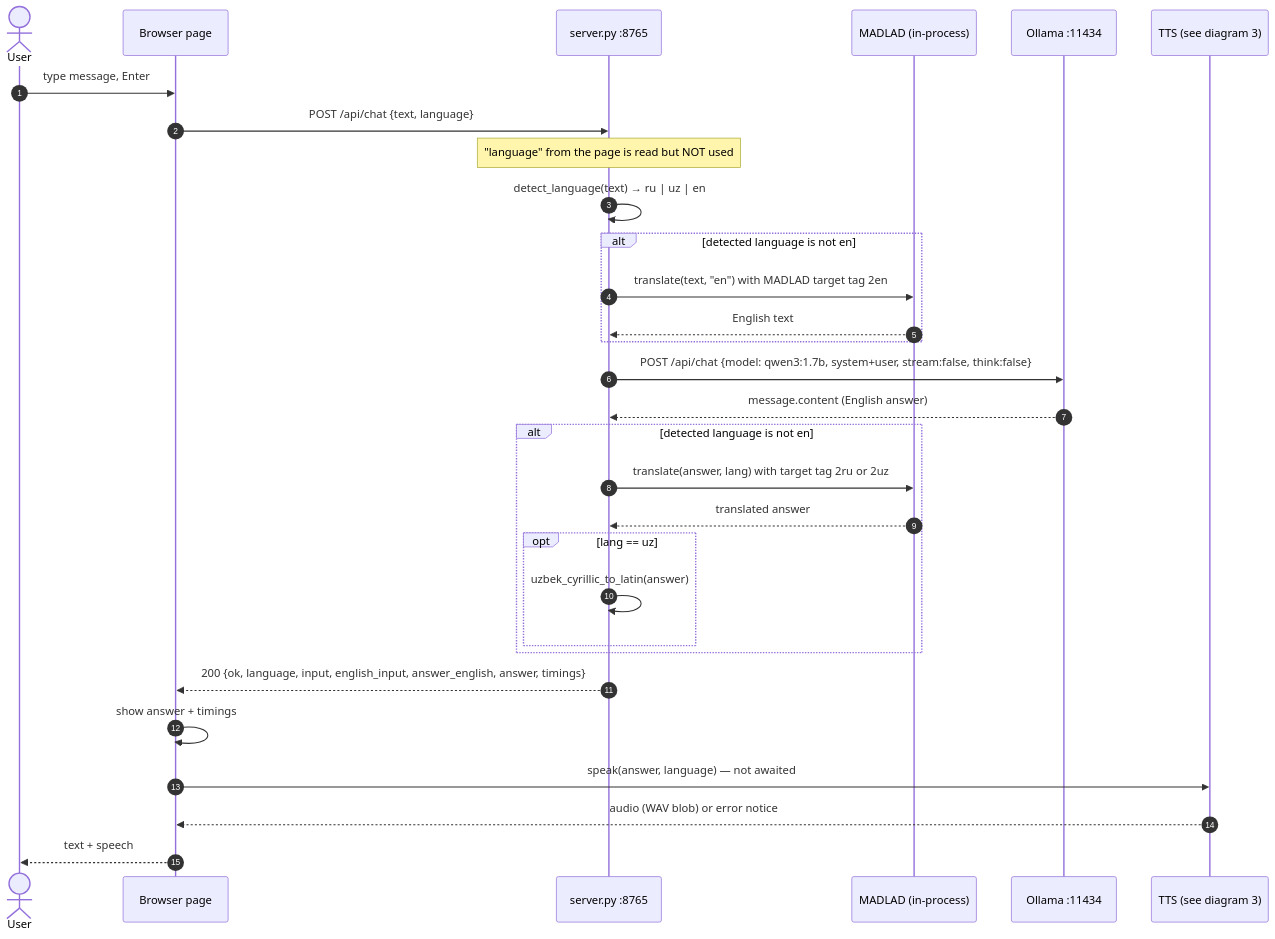
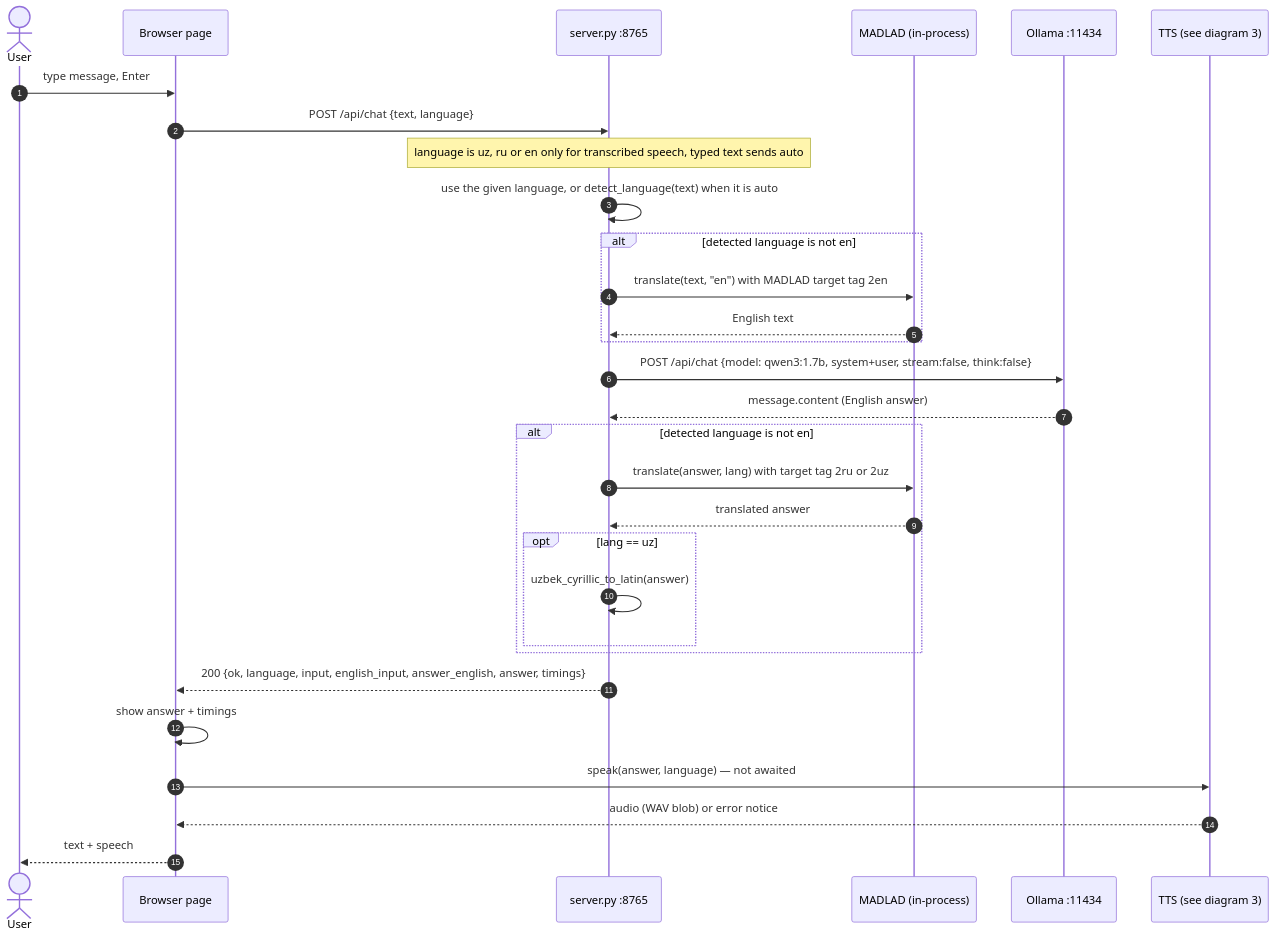
One commit to FirdavsNurmatov/local-ai-voice-assistant changed the second of 4 diagrams in docs/ARCHITECTURE.md. Above: the diagram before and after it, drawn with Mermaid. The commit also changed other lines of this file and 14 other files, not shown here.

````diff
--- a/docs/ARCHITECTURE.md
+++ b/docs/ARCHITECTURE.md
@@ -59,33 +64,33 @@
 ```mermaid
 sequenceDiagram
     autonumber
     actor User
     participant UI as Browser page
     participant S as server.py :8765
     participant M as MADLAD (in-process)
     participant O as Ollama :11434
     participant T as TTS (see diagram 3)
 
     User->>UI: type message, Enter
     UI->>S: POST /api/chat {text, language}
-    Note over S: "language" from the page is read but NOT used
-    S->>S: detect_language(text) → ru | uz | en
+    Note over S: language is uz, ru or en only for transcribed speech, typed text sends auto
+    S->>S: use the given language, or detect_language(text) when it is auto
     alt detected language is not en
         S->>M: translate(text, "en") with MADLAD target tag 2en
         M-->>S: English text
     end
     S->>O: POST /api/chat {model: qwen3:1.7b, system+user, stream:false, think:false}
     O-->>S: message.content (English answer)
     alt detected language is not en
         S->>M: translate(answer, lang) with target tag 2ru or 2uz
         M-->>S: translated answer
         opt lang == uz
             S->>S: uzbek_cyrillic_to_latin(answer)
         end
     end
     S-->>UI: 200 {ok, language, input, english_input, answer_english, answer, timings}
     UI->>UI: show answer + timings
     UI->>T: speak(answer, language)  — not awaited
     T-->>UI: audio (WAV blob) or error notice
     UI-->>User: text + speech
 ```
````
